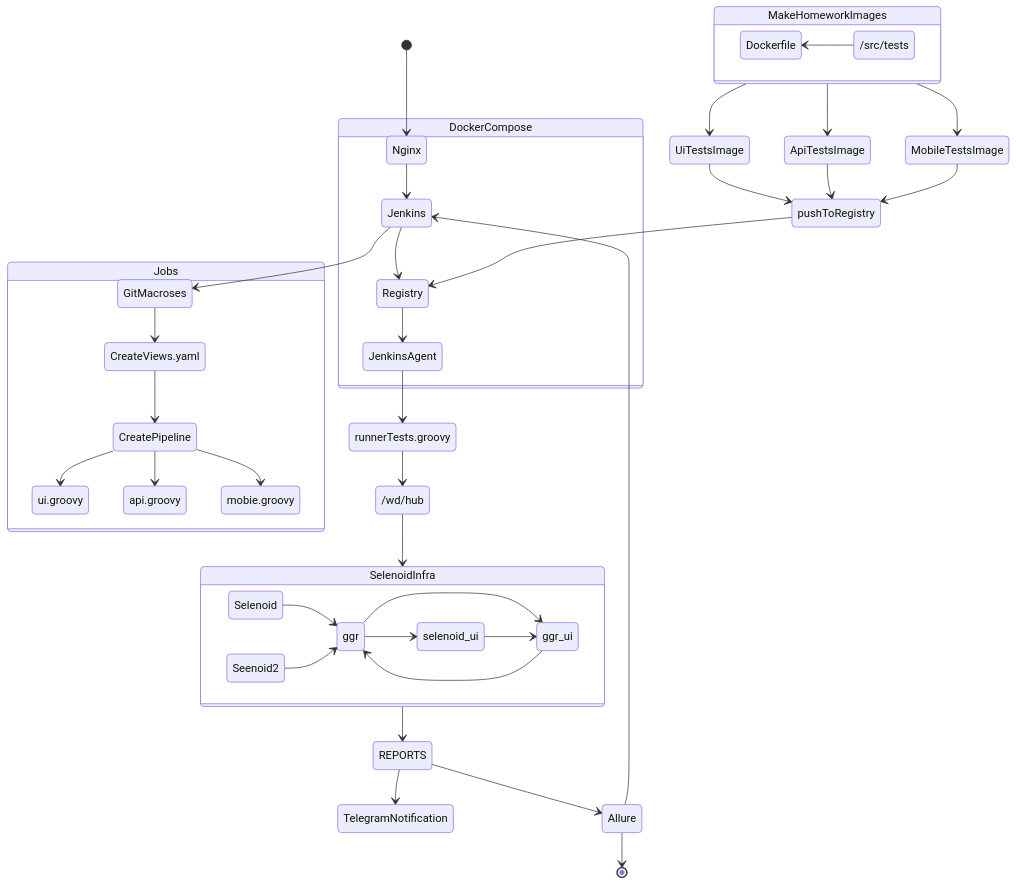
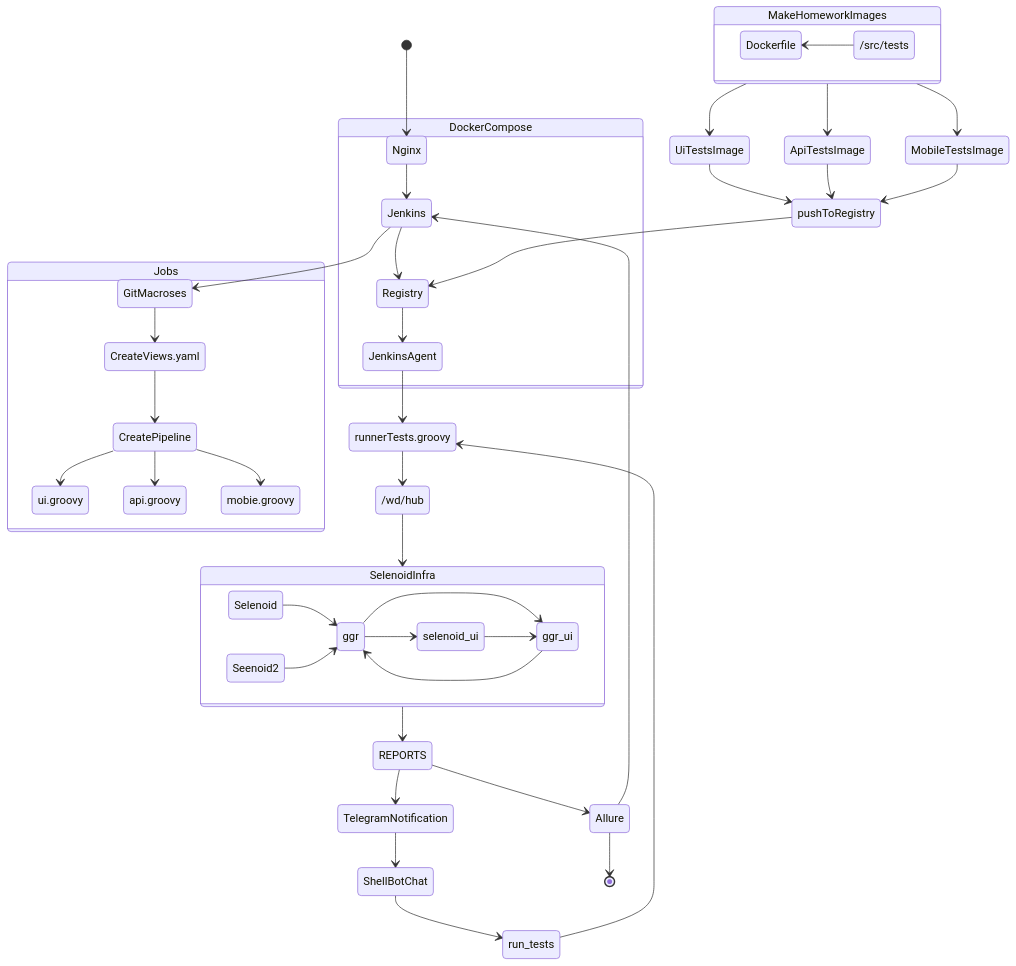
Before and after one commit to onemoreqa/otus-java-qa-professional: the diagram in infra/docs/infra-schema.md, drawn with Mermaid.

Commit message:
upd schema

````diff
--- a/infra/docs/infra-schema.md
+++ b/infra/docs/infra-schema.md
@@ -1,52 +1,55 @@
 ```mermaid
 stateDiagram
     direction TB
     [*] --> Nginx
     state DockerCompose {
         direction LR
         Nginx --> Jenkins
         Jenkins --> Registry
         Registry --> JenkinsAgent
     }
     
     state MakeHomeworkImages {
     direction RL
     /src/tests --> Dockerfile
     }
     MakeHomeworkImages --> UiTestsImage
     MakeHomeworkImages --> ApiTestsImage
     MakeHomeworkImages --> MobileTestsImage
     UiTestsImage --> pushToRegistry
     ApiTestsImage --> pushToRegistry
     MobileTestsImage --> pushToRegistry
     pushToRegistry --> Registry
     runnerTests.groovy --> /wd/hub
     JenkinsAgent --> runnerTests.groovy
 
     /wd/hub --> SelenoidInfra
     state SelenoidInfra {
         direction LR
         Selenoid --> ggr
         Seenoid2 --> ggr
         ggr --> ggr_ui
         ggr_ui --> ggr
         ggr --> selenoid_ui 
         selenoid_ui --> ggr_ui
     }
     SelenoidInfra --> REPORTS
     REPORTS --> TelegramNotification
-    REPORTS --> Allure
+    TelegramNotification --> ShellBotChat
+    ShellBotChat --> run_tests
+    run_tests --> runnerTests.groovy
+REPORTS --> Allure
     Allure --> Jenkins
     Allure --> [*]
 
     state Jobs {
         direction LR
         GitMacroses --> CreateViews.yaml
         CreateViews.yaml --> CreatePipeline
         CreatePipeline --> ui.groovy
         CreatePipeline --> api.groovy
         CreatePipeline --> mobie.groovy
     }
     Jenkins --> GitMacroses
     
 ```
````
